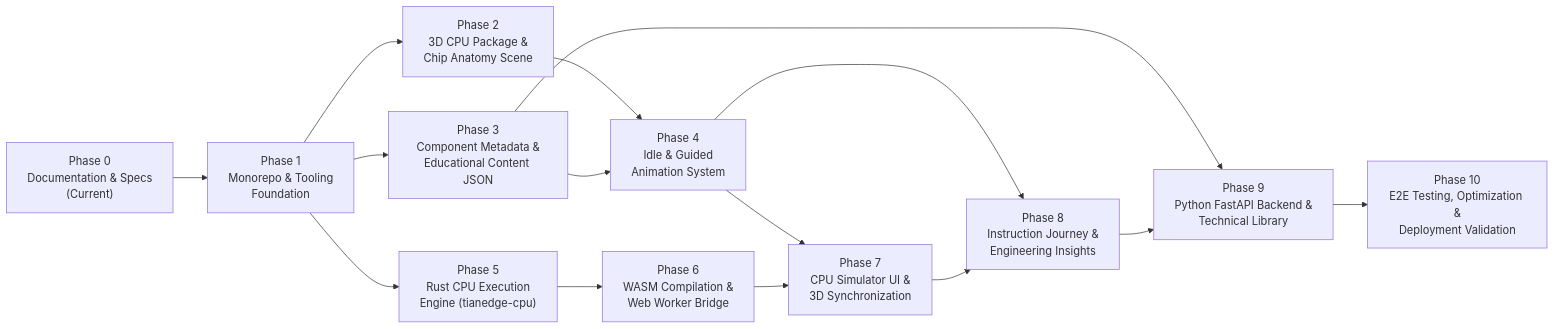
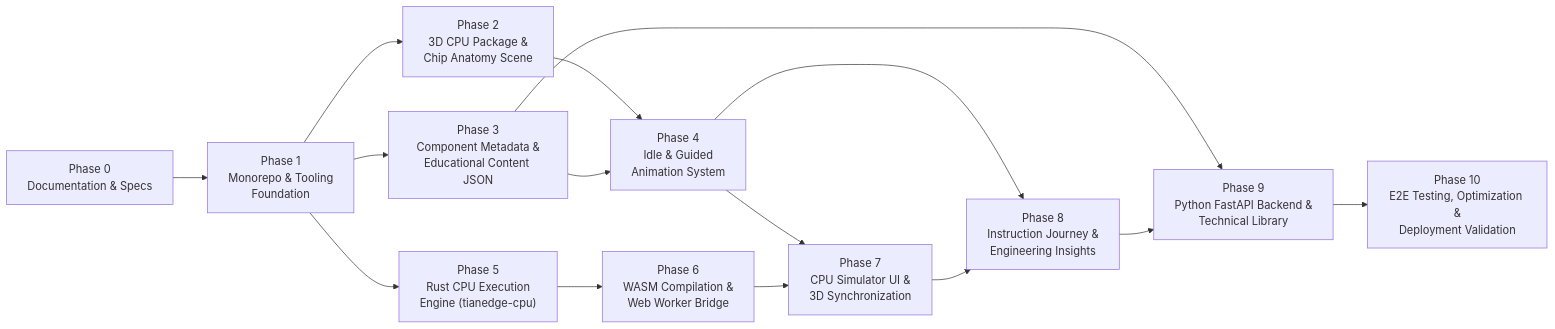
The diagram in flow.md (Orls967/TianEdge), drawn with Mermaid before and after one commit. The commit also changed other lines of this file and 18 other files, not shown here.

````diff
--- a/flow.md
+++ b/flow.md
@@ -13,17 +14,17 @@
 ```mermaid
 flowchart LR
-    P0["Phase 0\nDocumentation & Specs\n(Current)"] --> P1["Phase 1\nMonorepo & Tooling\nFoundation"]
+    P0["Phase 0\nDocumentation & Specs"] --> P1["Phase 1\nMonorepo & Tooling\nFoundation"]
     P1 --> P2["Phase 2\n3D CPU Package &\nChip Anatomy Scene"]
     P1 --> P3["Phase 3\nComponent Metadata &\nEducational Content JSON"]
     P2 --> P4["Phase 4\nIdle & Guided\nAnimation System"]
     P3 --> P4
     P1 --> P5["Phase 5\nRust CPU Execution\nEngine (tianedge-cpu)"]
     P5 --> P6["Phase 6\nWASM Compilation &\nWeb Worker Bridge"]
     P4 --> P7["Phase 7\nCPU Simulator UI &\n3D Synchronization"]
     P6 --> P7
     P4 --> P8["Phase 8\nInstruction Journey &\nEngineering Insights"]
     P7 --> P8
     P3 --> P9["Phase 9\nPython FastAPI Backend &\nTechnical Library"]
     P8 --> P9
     P9 --> P10["Phase 10\nE2E Testing, Optimization &\nDeployment Validation"]
 ```
````
